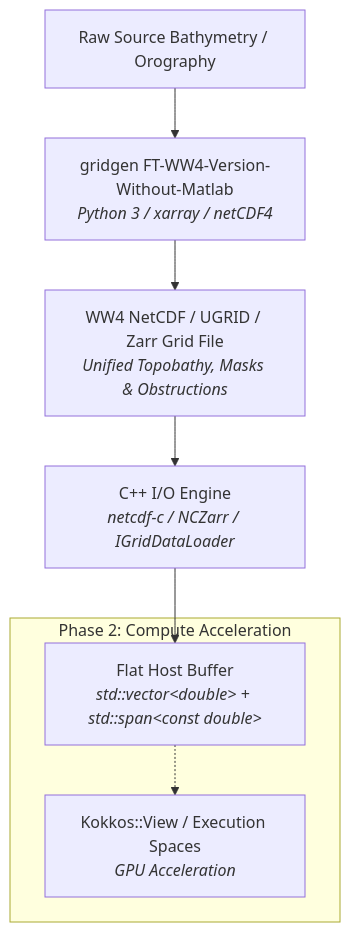
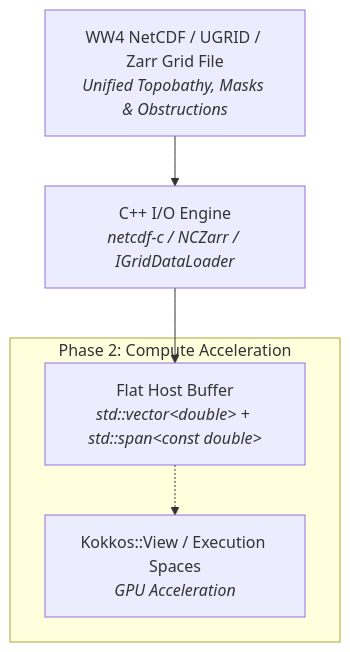
Before and after one commit to HendrikTolman-NOAA/WW4_HLT: the first of 2 diagrams in ASSESSMENT.md, drawn with Mermaid. The commit also changed other lines of this file, not shown here.

First line of the commit message:
docs: simplify assessment report to assume pre-processed NetCDF grid input

````diff
--- a/ASSESSMENT.md
+++ b/ASSESSMENT.md
@@ -115,11 +54,9 @@
 ```mermaid
 flowchart TD
-    A[Raw Source Bathymetry / Orography] --> B[gridgen FT-WW4-Version-Without-Matlab<br/><i>Python 3 / xarray / netCDF4</i>]
-    B --> C[WW4 NetCDF / UGRID / Zarr Grid File<br/><i>Unified Topobathy, Masks & Obstructions</i>]
-    C --> D[C++ I/O Engine<br/><i>netcdf-c / NCZarr / IGridDataLoader</i>]
-    D --> E[Flat Host Buffer<br/><i>std::vector&lt;double&gt; + std::span&lt;const double&gt;</i>]
+    A[WW4 NetCDF / UGRID / Zarr Grid File<br/><i>Unified Topobathy, Masks & Obstructions</i>] --> B[C++ I/O Engine<br/><i>netcdf-c / NCZarr / IGridDataLoader</i>]
+    B --> C[Flat Host Buffer<br/><i>std::vector&lt;double&gt; + std::span&lt;const double&gt;</i>]
 
     subgraph Future_Compute_Engine [Phase 2: Compute Acceleration]
-        E -.-> F[Kokkos::View / Execution Spaces<br/><i>GPU Acceleration</i>]
+        C -.-> D[Kokkos::View / Execution Spaces<br/><i>GPU Acceleration</i>]
     end
 ```
````
